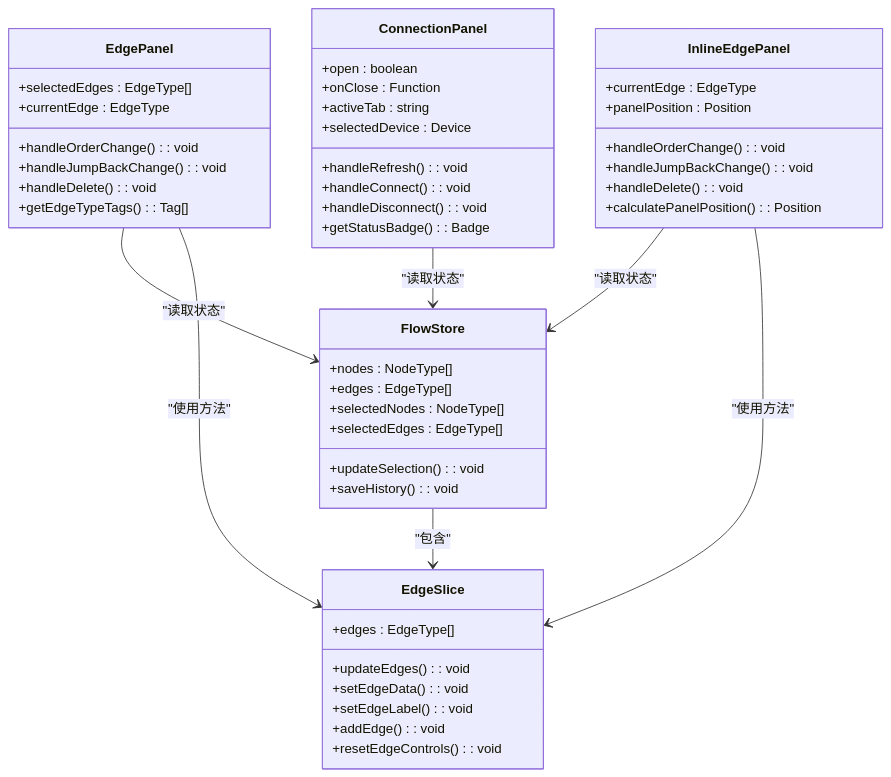
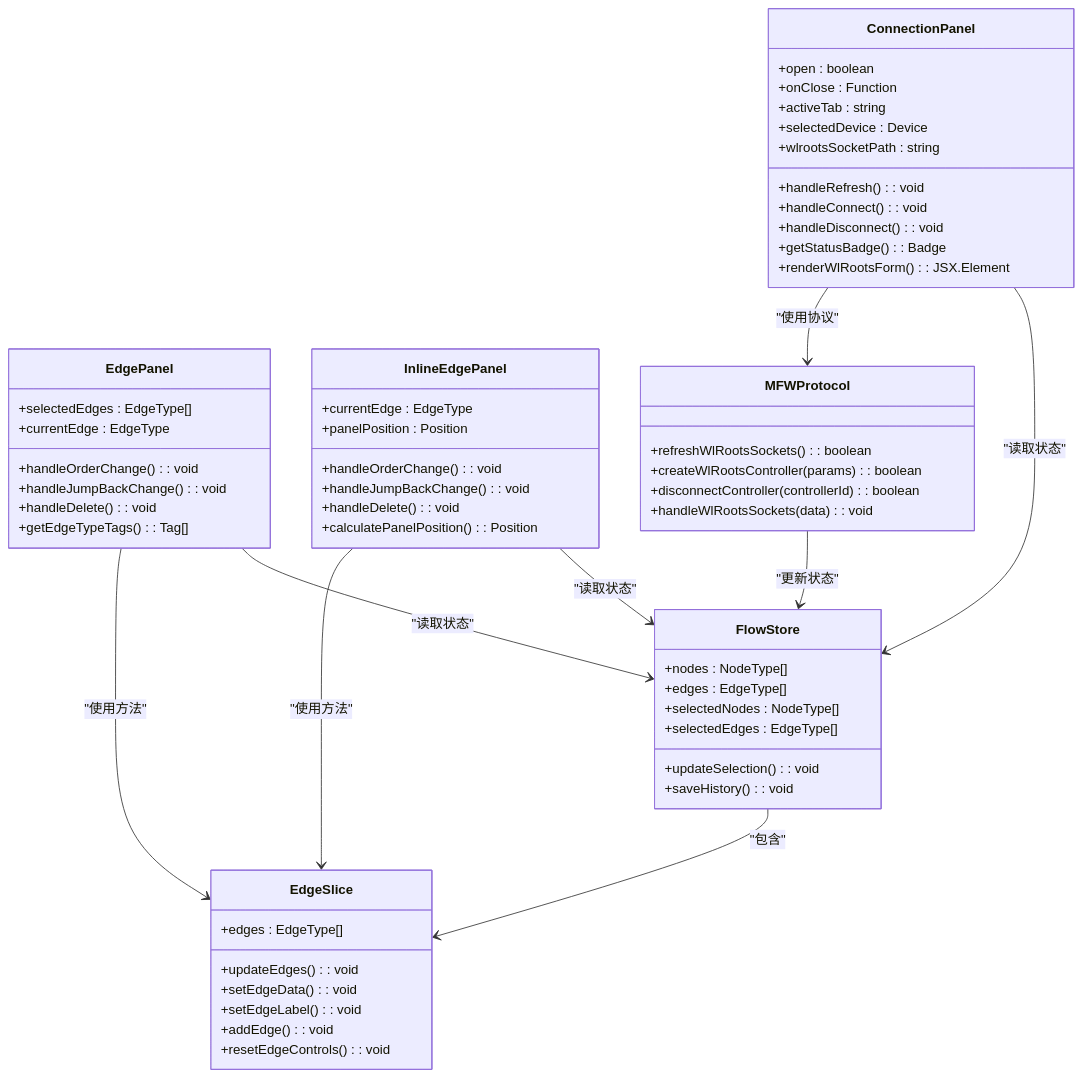
One commit to kqcoxn/MaaPipelineEditor changed the second of 8 diagrams in .qoder/repowiki/zh/content/用户界面/面板系统/连接面板.md. Above: the diagram before and after it, drawn with Mermaid. The commit also changed other lines of this file and 17 other files, not shown here.

````diff
--- a/.qoder/repowiki/zh/content/用户界面/面板系统/连接面板.md
+++ b/.qoder/repowiki/zh/content/用户界面/面板系统/连接面板.md
@@ -115,51 +137,61 @@
 ```mermaid
 classDiagram
 class ConnectionPanel {
 +open : boolean
 +onClose : Function
 +activeTab : string
 +selectedDevice : Device
++wlrootsSocketPath : string
 +handleRefresh() : void
 +handleConnect() : void
 +handleDisconnect() : void
 +getStatusBadge() : Badge
++renderWlRootsForm() : JSX.Element
 }
 class EdgePanel {
 +selectedEdges : EdgeType[]
 +currentEdge : EdgeType
 +handleOrderChange() : void
 +handleJumpBackChange() : void
 +handleDelete() : void
 +getEdgeTypeTags() : Tag[]
 }
 class InlineEdgePanel {
 +currentEdge : EdgeType
 +panelPosition : Position
 +handleOrderChange() : void
 +handleJumpBackChange() : void
 +handleDelete() : void
 +calculatePanelPosition() : Position
 }
 class EdgeSlice {
 +edges : EdgeType[]
 +updateEdges() : void
 +setEdgeData() : void
 +setEdgeLabel() : void
 +addEdge() : void
 +resetEdgeControls() : void
 }
 class FlowStore {
 +nodes : NodeType[]
 +edges : EdgeType[]
 +selectedNodes : NodeType[]
 +selectedEdges : EdgeType[]
 +updateSelection() : void
 +saveHistory() : void
 }
+class MFWProtocol {
++refreshWlRootsSockets() : boolean
++createWlRootsController(params) : boolean
++disconnectController(controllerId) : boolean
++handleWlRootsSockets(data) : void
+}
 ConnectionPanel --> FlowStore : "读取状态"
+ConnectionPanel --> MFWProtocol : "使用协议"
 EdgePanel --> FlowStore : "读取状态"
 InlineEdgePanel --> FlowStore : "读取状态"
 EdgePanel --> EdgeSlice : "使用方法"
 InlineEdgePanel --> EdgeSlice : "使用方法"
 FlowStore --> EdgeSlice : "包含"
+MFWProtocol --> FlowStore : "更新状态"
 ```
````
